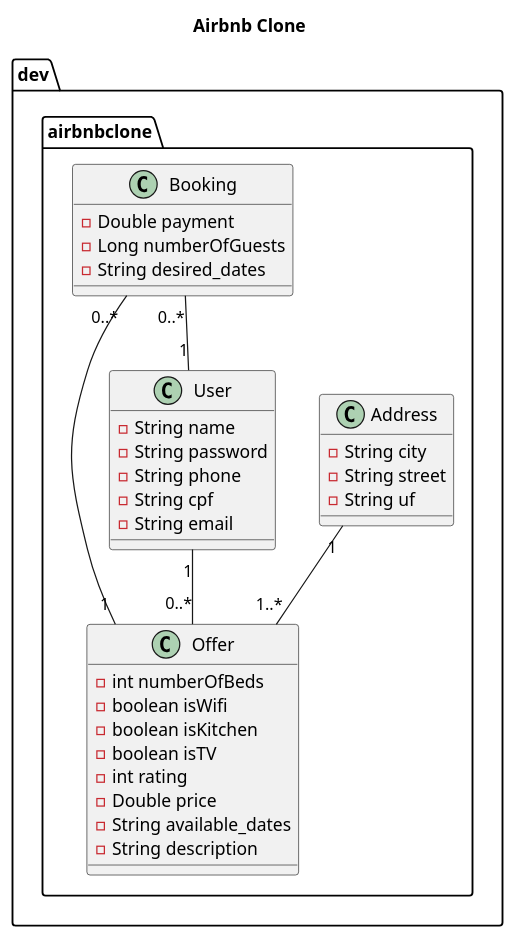
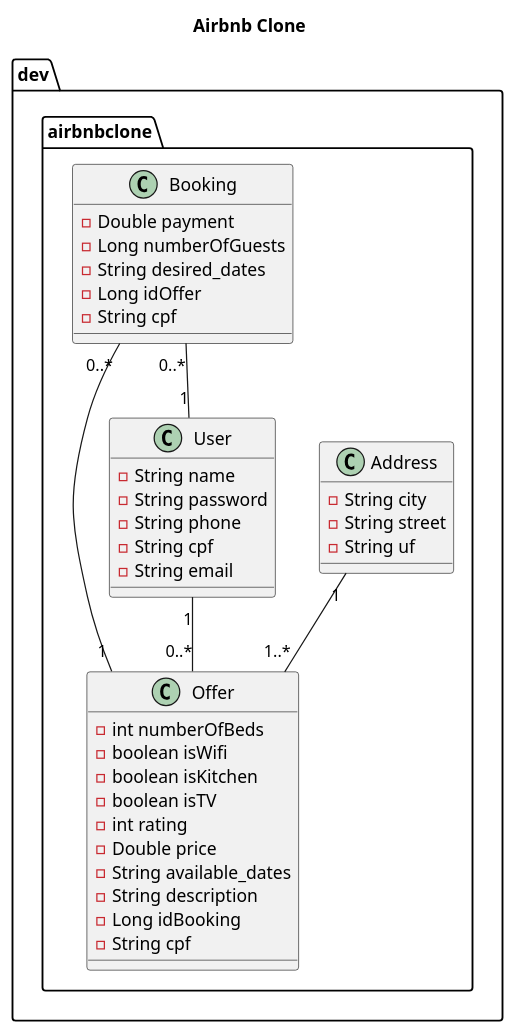
Before and after one commit to guismoreira/airbnb-clone-spring: the diagram in src/main/docs/class.puml, drawn with PlantUML. The commit also changed 3 other files, not shown here.

```diff
--- a/src/main/docs/class.puml
+++ b/src/main/docs/class.puml
@@ -1,45 +1,49 @@
 @startuml
 title Airbnb Clone
 
 package dev.airbnbclone {
 
     Address "1" -- "1..*" Offer
     Booking "0..*" -- "1" Offer
     Booking "0..*" -- "1" User
     User "1" -- "0..*" Offer
 
     class Address{
         - String city
         - String street
         - String uf
     }
 
     class Booking{
         - Double payment
         - Long numberOfGuests
         - String desired_dates
+        - Long idOffer
+        - String cpf
     }
 
     class Offer{
         - int numberOfBeds
         - boolean isWifi
         - boolean isKitchen
         - boolean isTV
         - int rating
         - Double price
         - String available_dates
         - String description
+        - Long idBooking
+        - String cpf
     }
     
     class User {
         - String name
         - String password
         - String phone
         - String cpf
         - String email
     }
 
 
 }
 
 @enduml
```
